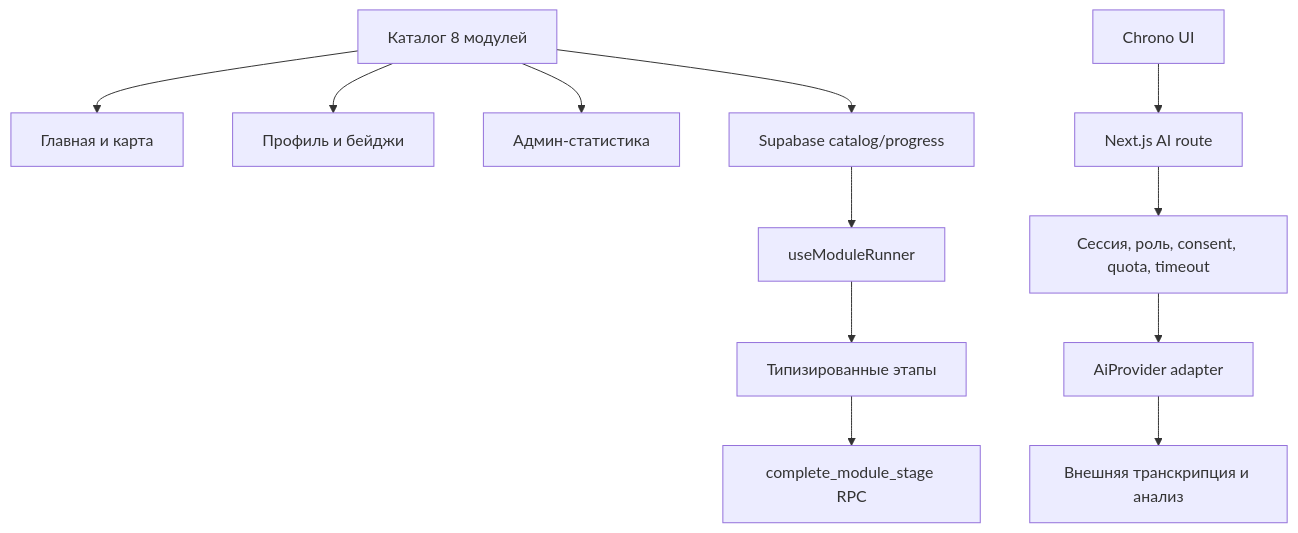
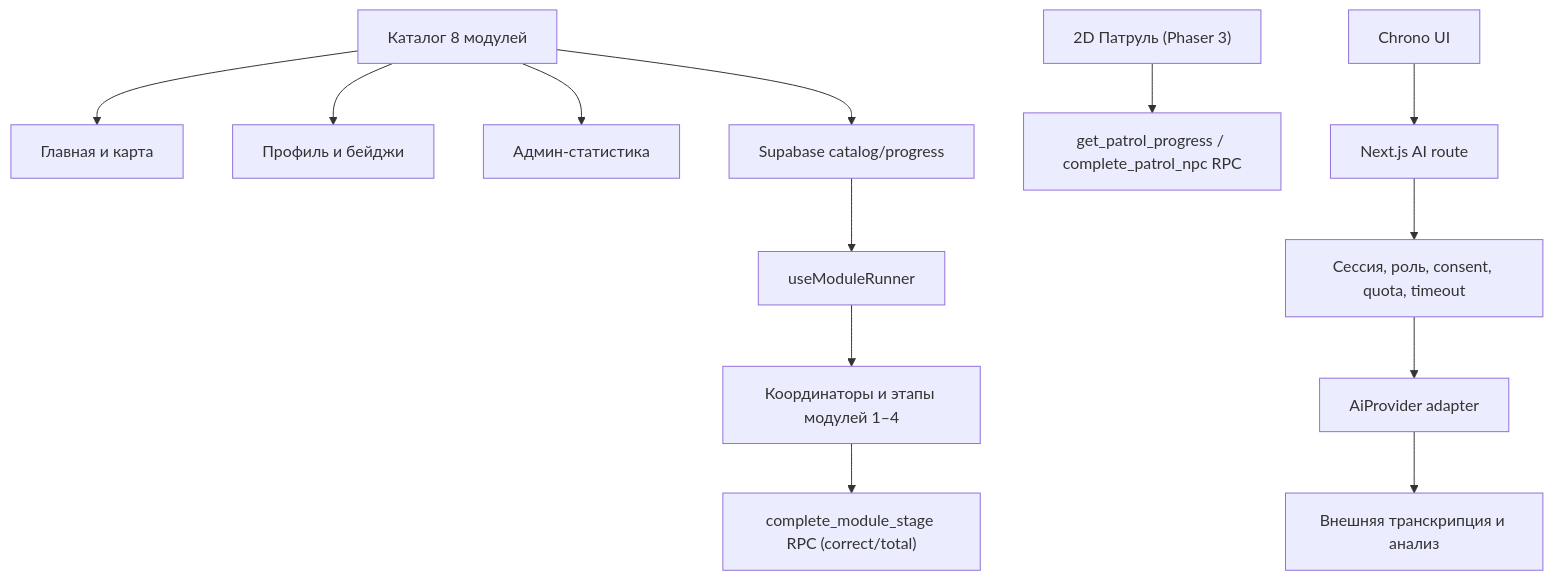
Before and after one commit to Mefist89/infoquest-cahul: the diagram in docs/application-overview.md, drawn with Mermaid. The commit also changed other lines of this file and 7 other files, not shown here.

````diff
--- a/docs/application-overview.md
+++ b/docs/application-overview.md
@@ -405,15 +437,17 @@
 ```mermaid
 flowchart TD
     Catalog["Каталог 8 модулей"] --> Home["Главная и карта"]
     Catalog --> Profile["Профиль и бейджи"]
     Catalog --> Admin["Админ-статистика"]
     Catalog --> DB["Supabase catalog/progress"]
     DB --> Runner["useModuleRunner"]
-    Runner --> Stages["Типизированные этапы"]
-    Stages --> ProgressRPC["complete_module_stage RPC"]
+    Runner --> Stages["Координаторы и этапы модулей 1–4"]
+    Stages --> ProgressRPC["complete_module_stage RPC (correct/total)"]
+
+    Patrol["2D Патруль (Phaser 3)"] --> PatrolRPC["get_patrol_progress / complete_patrol_npc RPC"]
 
     Chrono["Chrono UI"] --> Route["Next.js AI route"]
     Route --> Guard["Сессия, роль, consent, quota, timeout"]
     Guard --> Provider["AiProvider adapter"]
     Provider --> External["Внешняя транскрипция и анализ"]
 ```
````
